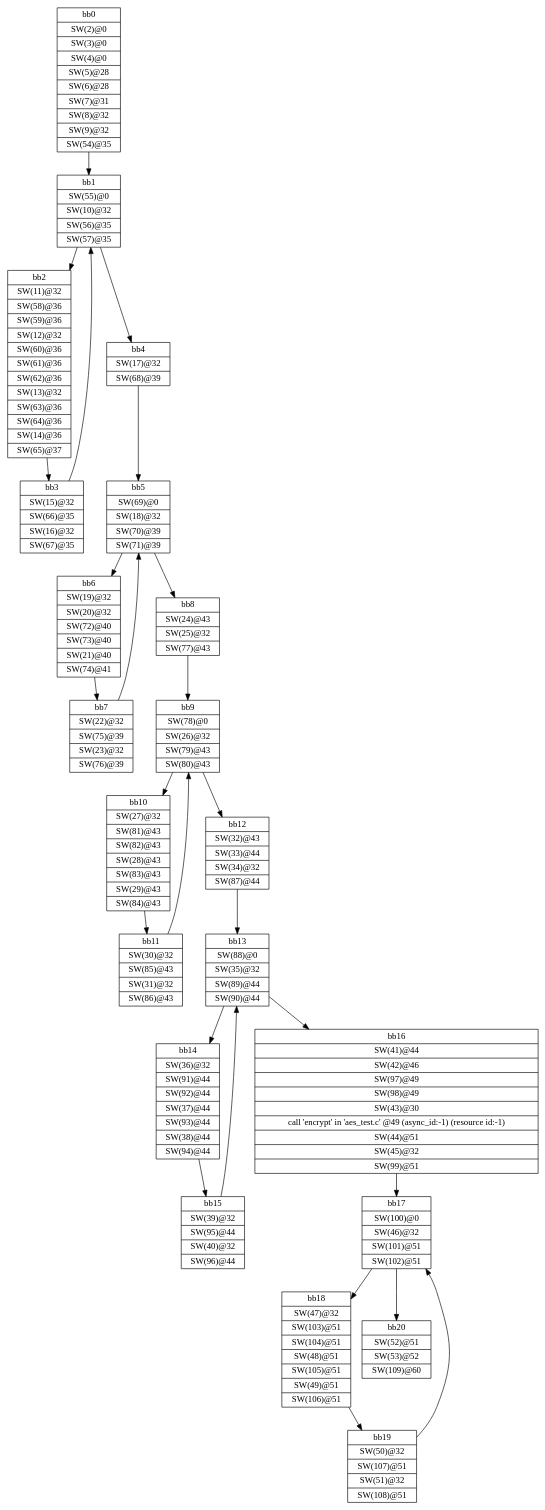
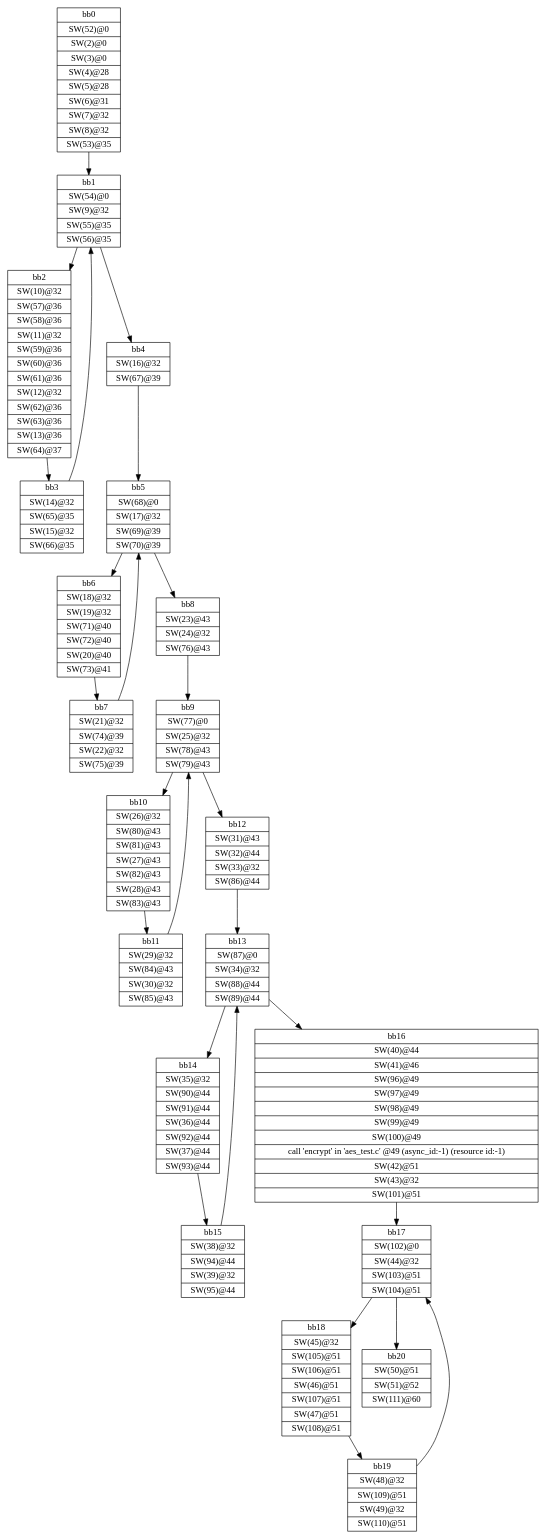
One commit to HansGiesen/hls_tuner changed the diagram in Data/Good_synth/_sds/.llvm/_px_cdfg_init_main.dot. Above: the diagram before and after it, drawn with Graphviz. The commit also changed 3951 other files, not shown here.

```diff
--- a/Data/Good_synth/_sds/.llvm/_px_cdfg_init_main.dot
+++ b/Data/Good_synth/_sds/.llvm/_px_cdfg_init_main.dot
@@ -1,49 +1,49 @@
 digraph CDFG {
 node [shape=record];
-bb0 [shape=record, label = "{bb0|<x0x2debe00>SW(2)@0\n|<x0x2debc30>SW(3)@0\n|<x0x2decc50>SW(4)@0\n|<x0x386b850>SW(5)@28\n|<x0x386bab0>SW(6)@28\n|<x0x386dcf0>SW(7)@31\n|<x0x386bca0>SW(8)@32\n|<x0x386be00>SW(9)@32\n|<x0x3872bc0>SW(54)@35\n}"];
-bb1 [shape=record, label = "{bb1|<x0x3872e60>SW(55)@0\n|<x0x386bf60>SW(10)@32\n|<x0x3874c20>SW(56)@35\n|<x0x3874d60>SW(57)@35\n}"];
-bb2 [shape=record, label = "{bb2|<x0x386cea0>SW(11)@32\n|<x0x38751a0>SW(58)@36\n|<x0x38752f0>SW(59)@36\n|<x0x386d000>SW(12)@32\n|<x0x38754e0>SW(60)@36\n|<x0x38756b0>SW(61)@36\n|<x0x3875840>SW(62)@36\n|<x0x386d160>SW(13)@32\n|<x0x3875a00>SW(63)@36\n|<x0x3875ac0>SW(64)@36\n|<x0x386d330>SW(14)@36\n|<x0x3875c50>SW(65)@37\n}"];
-bb3 [shape=record, label = "{bb3|<x0x386d660>SW(15)@32\n|<x0x3875f90>SW(66)@35\n|<x0x3870e00>SW(16)@32\n|<x0x3876180>SW(67)@35\n}"];
-bb4 [shape=record, label = "{bb4|<x0x386d810>SW(17)@32\n|<x0x38765a0>SW(68)@39\n}"];
-bb5 [shape=record, label = "{bb5|<x0x3876820>SW(69)@0\n|<x0x386d9d0>SW(18)@32\n|<x0x38769e0>SW(70)@39\n|<x0x3876de0>SW(71)@39\n}"];
-bb6 [shape=record, label = "{bb6|<x0x3870420>SW(19)@32\n|<x0x38705f0>SW(20)@32\n|<x0x3878c70>SW(72)@40\n|<x0x3876f10>SW(73)@40\n|<x0x38707c0>SW(21)@40\n|<x0x3877130>SW(74)@41\n}"];
-bb7 [shape=record, label = "{bb7|<x0x3870ac0>SW(22)@32\n|<x0x3877470>SW(75)@39\n|<x0x3870be0>SW(23)@32\n|<x0x3877630>SW(76)@39\n}"];
-bb8 [shape=record, label = "{bb8|<x0x3870020>SW(24)@43\n|<x0x386de80>SW(25)@32\n|<x0x38764f0>SW(77)@43\n}"];
-bb9 [shape=record, label = "{bb9|<x0x3877cc0>SW(78)@0\n|<x0x3871010>SW(26)@32\n|<x0x387bfd0>SW(79)@43\n|<x0x387c1a0>SW(80)@43\n}"];
-bb10 [shape=record, label = "{bb10|<x0x38711e0>SW(27)@32\n|<x0x3877f90>SW(81)@43\n|<x0x3878640>SW(82)@43\n|<x0x386df20>SW(28)@43\n|<x0x38780b0>SW(83)@43\n|<x0x386e230>SW(29)@43\n|<x0x3878270>SW(84)@43\n}"];
-bb11 [shape=record, label = "{bb11|<x0x386e2d0>SW(30)@32\n|<x0x387af70>SW(85)@43\n|<x0x386e370>SW(31)@32\n|<x0x387b170>SW(86)@43\n}"];
-bb12 [shape=record, label = "{bb12|<x0x386e410>SW(32)@43\n|<x0x386e640>SW(33)@44\n|<x0x386e810>SW(34)@32\n|<x0x387b520>SW(87)@44\n}"];
-bb13 [shape=record, label = "{bb13|<x0x387b800>SW(88)@0\n|<x0x386e8f0>SW(35)@32\n|<x0x387b8c0>SW(89)@44\n|<x0x387ba20>SW(90)@44\n}"];
-bb14 [shape=record, label = "{bb14|<x0x386e9b0>SW(36)@32\n|<x0x387c360>SW(91)@44\n|<x0x387c4c0>SW(92)@44\n|<x0x386ea70>SW(37)@44\n|<x0x387c680>SW(93)@44\n|<x0x386eb10>SW(38)@44\n|<x0x387c840>SW(94)@44\n}"];
-bb15 [shape=record, label = "{bb15|<x0x386ece0>SW(39)@32\n|<x0x387ca40>SW(95)@44\n|<x0x386ee40>SW(40)@32\n|<x0x387cc40>SW(96)@44\n}"];
-bb16 [shape=record, label = "{bb16|<x0x386f010>SW(41)@44\n|<x0x386f190>SW(42)@46\n|<x0x3877810>SW(97)@49\n|<x0x38779a0>SW(98)@49\n|<x0x386f4a0>SW(43)@30\n|<x0x2ded270>call 'encrypt' in 'aes_test.c' @49 (async_id:-1) (resource id:-1)\n|<x0x386fb20>SW(44)@51\n|<x0x3873cf0>SW(45)@32\n|<x0x387d760>SW(99)@51\n}"];
-bb17 [shape=record, label = "{bb17|<x0x387dce0>SW(100)@0\n|<x0x3873fe0>SW(46)@32\n|<x0x387ef70>SW(101)@51\n|<x0x387f160>SW(102)@51\n}"];
-bb18 [shape=record, label = "{bb18|<x0x3874340>SW(47)@32\n|<x0x387f490>SW(103)@51\n|<x0x387f580>SW(104)@51\n|<x0x38740e0>SW(48)@51\n|<x0x387f640>SW(105)@51\n|<x0x38745b0>SW(49)@51\n|<x0x387fcf0>SW(106)@51\n}"];
-bb19 [shape=record, label = "{bb19|<x0x38749e0>SW(50)@32\n|<x0x387f750>SW(107)@51\n|<x0x38747a0>SW(51)@32\n|<x0x387f910>SW(108)@51\n}"];
-bb20 [shape=record, label = "{bb20|<x0x3871450>SW(52)@51\n|<x0x3871590>SW(53)@52\n|<x0x387df30>SW(109)@60\n}"];
+bb0 [shape=record, label = "{bb0|<x0x3da35a0>SW(52)@0\n|<x0x330f4d0>SW(2)@0\n|<x0x3311050>SW(3)@0\n|<x0x3d98360>SW(4)@28\n|<x0x3d985c0>SW(5)@28\n|<x0x3d9a800>SW(6)@31\n|<x0x3d987b0>SW(7)@32\n|<x0x3d98910>SW(8)@32\n|<x0x3da37b0>SW(53)@35\n}"];
+bb1 [shape=record, label = "{bb1|<x0x3da3970>SW(54)@0\n|<x0x3d98a70>SW(9)@32\n|<x0x3da3ad0>SW(55)@35\n|<x0x3da3ca0>SW(56)@35\n}"];
+bb2 [shape=record, label = "{bb2|<x0x3d999b0>SW(10)@32\n|<x0x3da0710>SW(57)@36\n|<x0x3da0860>SW(58)@36\n|<x0x3d99b10>SW(11)@32\n|<x0x3da0a20>SW(59)@36\n|<x0x3da0bf0>SW(60)@36\n|<x0x3da0dc0>SW(61)@36\n|<x0x3d99c70>SW(12)@32\n|<x0x3da0f80>SW(62)@36\n|<x0x3da1110>SW(63)@36\n|<x0x3d99e40>SW(13)@36\n|<x0x3da11d0>SW(64)@37\n}"];
+bb3 [shape=record, label = "{bb3|<x0x3d9a170>SW(14)@32\n|<x0x3da1510>SW(65)@35\n|<x0x3d9d910>SW(15)@32\n|<x0x3da16d0>SW(66)@35\n}"];
+bb4 [shape=record, label = "{bb4|<x0x3d9a320>SW(16)@32\n|<x0x3da1790>SW(67)@39\n}"];
+bb5 [shape=record, label = "{bb5|<x0x3da1a10>SW(68)@0\n|<x0x3d9a4e0>SW(17)@32\n|<x0x3da2090>SW(69)@39\n|<x0x3da21e0>SW(70)@39\n}"];
+bb6 [shape=record, label = "{bb6|<x0x3d9cf30>SW(18)@32\n|<x0x3d9d100>SW(19)@32\n|<x0x3da1d30>SW(71)@40\n|<x0x3da6120>SW(72)@40\n|<x0x3d9d2d0>SW(20)@40\n|<x0x3da6340>SW(73)@41\n}"];
+bb7 [shape=record, label = "{bb7|<x0x3d9d5d0>SW(21)@32\n|<x0x3da6650>SW(74)@39\n|<x0x3d9d6f0>SW(22)@32\n|<x0x3da86f0>SW(75)@39\n}"];
+bb8 [shape=record, label = "{bb8|<x0x3d9cb30>SW(23)@43\n|<x0x3d9a990>SW(24)@32\n|<x0x3da73c0>SW(76)@43\n}"];
+bb9 [shape=record, label = "{bb9|<x0x3da6ca0>SW(77)@0\n|<x0x3d9db20>SW(25)@32\n|<x0x3da6e00>SW(78)@43\n|<x0x3da6fd0>SW(79)@43\n}"];
+bb10 [shape=record, label = "{bb10|<x0x3d9dcf0>SW(26)@32\n|<x0x3da7750>SW(80)@43\n|<x0x3da7920>SW(81)@43\n|<x0x3d9aa30>SW(27)@43\n|<x0x3da7b40>SW(82)@43\n|<x0x3d9ad40>SW(28)@43\n|<x0x3da7d30>SW(83)@43\n}"];
+bb11 [shape=record, label = "{bb11|<x0x3d9ade0>SW(29)@32\n|<x0x3da7df0>SW(84)@43\n|<x0x3d9ae80>SW(30)@32\n|<x0x3da7fb0>SW(85)@43\n}"];
+bb12 [shape=record, label = "{bb12|<x0x3d9af20>SW(31)@43\n|<x0x3d9b150>SW(32)@44\n|<x0x3d9b320>SW(33)@32\n|<x0x3da4130>SW(86)@44\n}"];
+bb13 [shape=record, label = "{bb13|<x0x3da5f50>SW(87)@0\n|<x0x3d9b400>SW(34)@32\n|<x0x3da41d0>SW(88)@44\n|<x0x3da4340>SW(89)@44\n}"];
+bb14 [shape=record, label = "{bb14|<x0x3d9b4c0>SW(35)@32\n|<x0x3da4690>SW(90)@44\n|<x0x3da4820>SW(91)@44\n|<x0x3d9b580>SW(36)@44\n|<x0x3da49e0>SW(92)@44\n|<x0x3d9b620>SW(37)@44\n|<x0x3da4b60>SW(93)@44\n}"];
+bb15 [shape=record, label = "{bb15|<x0x3d9b7f0>SW(38)@32\n|<x0x3da4e70>SW(94)@44\n|<x0x3d9b950>SW(39)@32\n|<x0x3da5070>SW(95)@44\n}"];
+bb16 [shape=record, label = "{bb16|<x0x3d9bb20>SW(40)@44\n|<x0x3d9bca0>SW(41)@46\n|<x0x3da5b00>SW(96)@49\n|<x0x3da6800>SW(97)@49\n|<x0x3da8a50>SW(98)@49\n|<x0x3daa750>SW(99)@49\n|<x0x3daa8c0>SW(100)@49\n|<x0x330f3d0>call 'encrypt' in 'aes_test.c' @49 (async_id:-1) (resource id:-1)\n|<x0x3d9e2f0>SW(42)@51\n|<x0x3d9e450>SW(43)@32\n|<x0x3da8b80>SW(101)@51\n}"];
+bb17 [shape=record, label = "{bb17|<x0x3da8e60>SW(102)@0\n|<x0x3d9e880>SW(44)@32\n|<x0x3da9060>SW(103)@51\n|<x0x3da91f0>SW(104)@51\n}"];
+bb18 [shape=record, label = "{bb18|<x0x3d9e920>SW(45)@32\n|<x0x3da93a0>SW(105)@51\n|<x0x3da9550>SW(106)@51\n|<x0x3d9ea00>SW(46)@51\n|<x0x3da9770>SW(107)@51\n|<x0x3d9ec20>SW(47)@51\n|<x0x3da9960>SW(108)@51\n}"];
+bb19 [shape=record, label = "{bb19|<x0x3d9ecc0>SW(48)@32\n|<x0x3da9ca0>SW(109)@51\n|<x0x3d9ee40>SW(49)@32\n|<x0x3da9d60>SW(110)@51\n}"];
+bb20 [shape=record, label = "{bb20|<x0x3d9eff0>SW(50)@51\n|<x0x3d9f170>SW(51)@52\n|<x0x3daa0b0>SW(111)@60\n}"];
 bb0 -> bb1
 bb1 -> bb2
 bb1 -> bb4
 bb2 -> bb3
 bb3 -> bb1
 bb4 -> bb5
 bb5 -> bb6
 bb5 -> bb8
 bb6 -> bb7
 bb7 -> bb5
 bb8 -> bb9
 bb9 -> bb10
 bb9 -> bb12
 bb10 -> bb11
 bb11 -> bb9
 bb12 -> bb13
 bb13 -> bb14
 bb13 -> bb16
 bb14 -> bb15
 bb15 -> bb13
 bb16 -> bb17
 bb17 -> bb18
 bb17 -> bb20
 bb18 -> bb19
 bb19 -> bb17
 }
```
